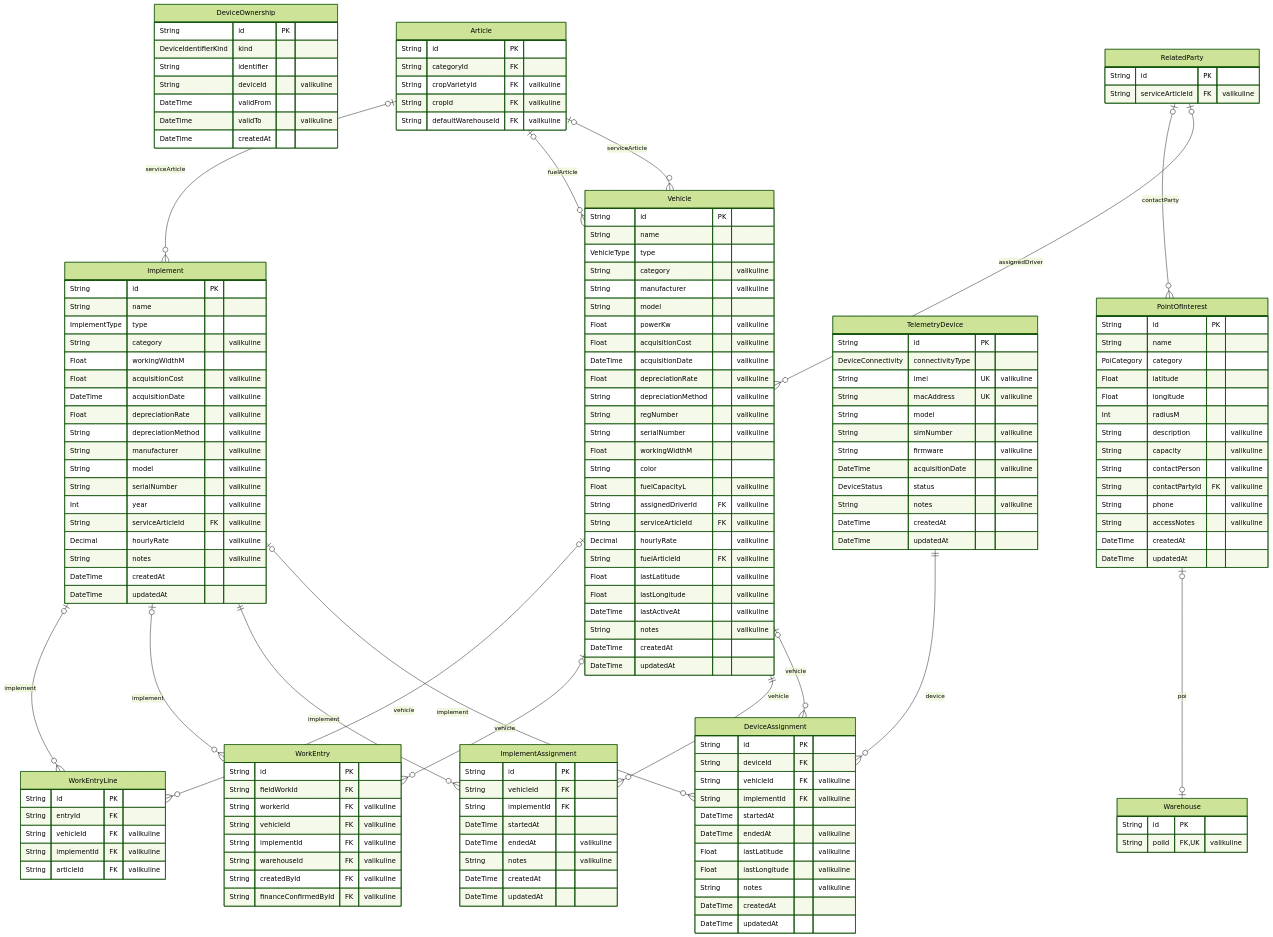
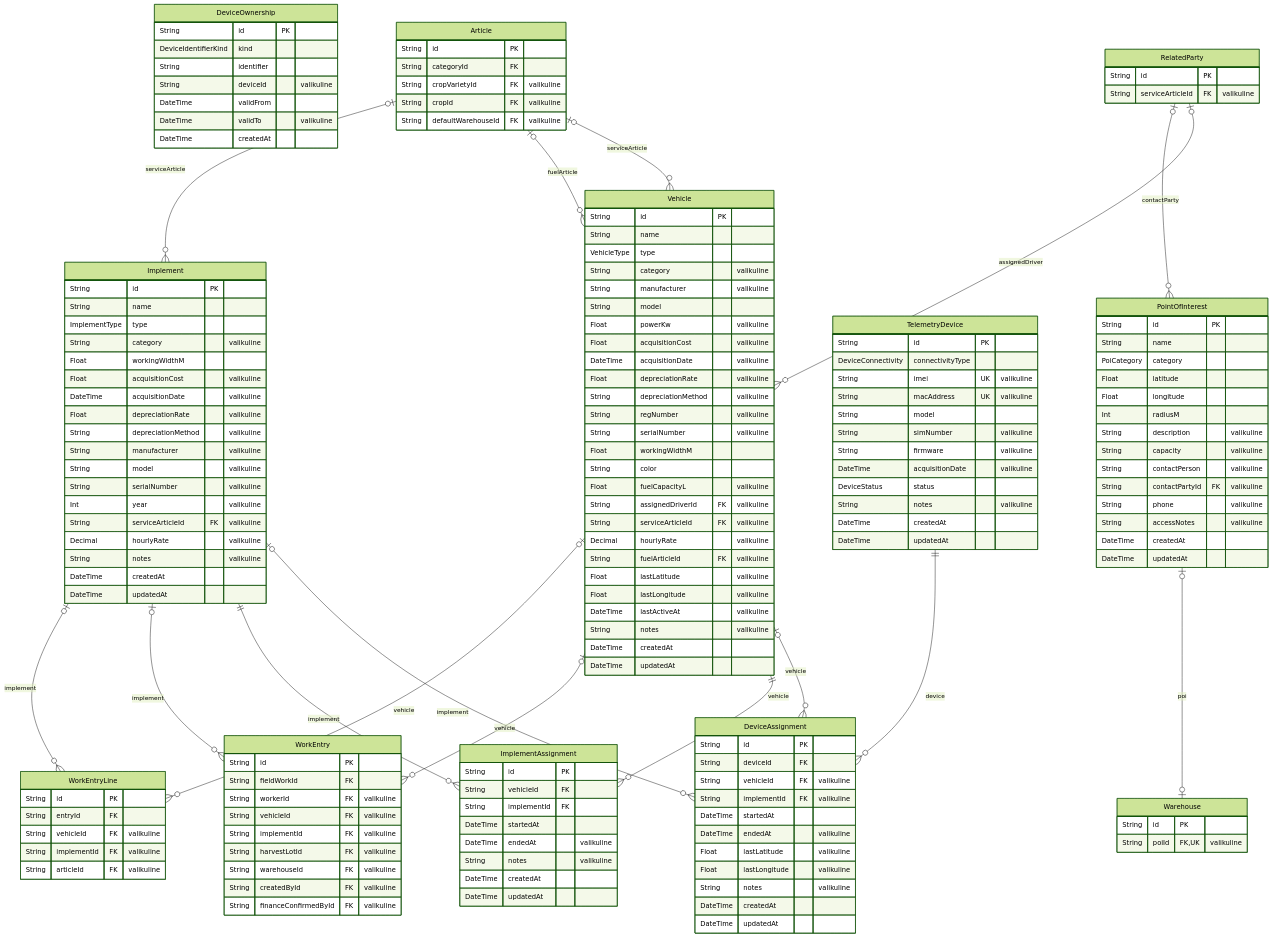
The third of 7 diagrams in docs/andmemudel.md (andres-janno/teris), drawn with Mermaid (forest theme) before and after one commit. The commit also changed other lines of this file and 1 other file, not shown here.

```diff
--- a/docs/andmemudel.md
+++ b/docs/andmemudel.md
@@ -600,6 +626,7 @@
     String workerId FK "valikuline"
     String vehicleId FK "valikuline"
     String implementId FK "valikuline"
+    String harvestLotId FK "valikuline"
     String warehouseId FK "valikuline"
     String createdById FK "valikuline"
     String financeConfirmedById FK "valikuline"
```
